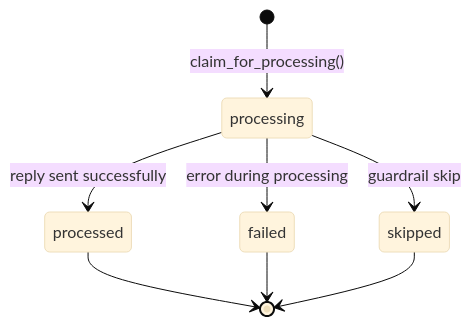
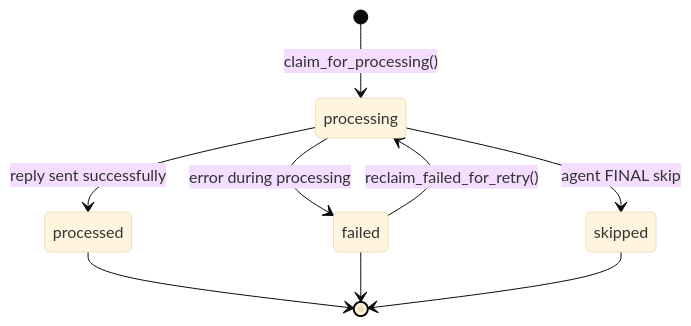
Before and after one commit to Nisarg9072-god/Email-Agent: the fifth of 9 diagrams in README.md, drawn with Mermaid (base theme). The commit also changed other lines of this file and 5 other files, not shown here.

````diff
--- a/README.md
+++ b/README.md
@@ -614,10 +622,11 @@
 ```mermaid
 stateDiagram-v2
     [*] --> processing: claim_for_processing()
     processing --> processed: reply sent successfully
     processing --> failed: error during processing
-    processing --> skipped: guardrail skip
+    processing --> skipped: agent FINAL skip
+    failed --> processing: reclaim_failed_for_retry()
     processed --> [*]
     failed --> [*]
     skipped --> [*]
 ```
````
